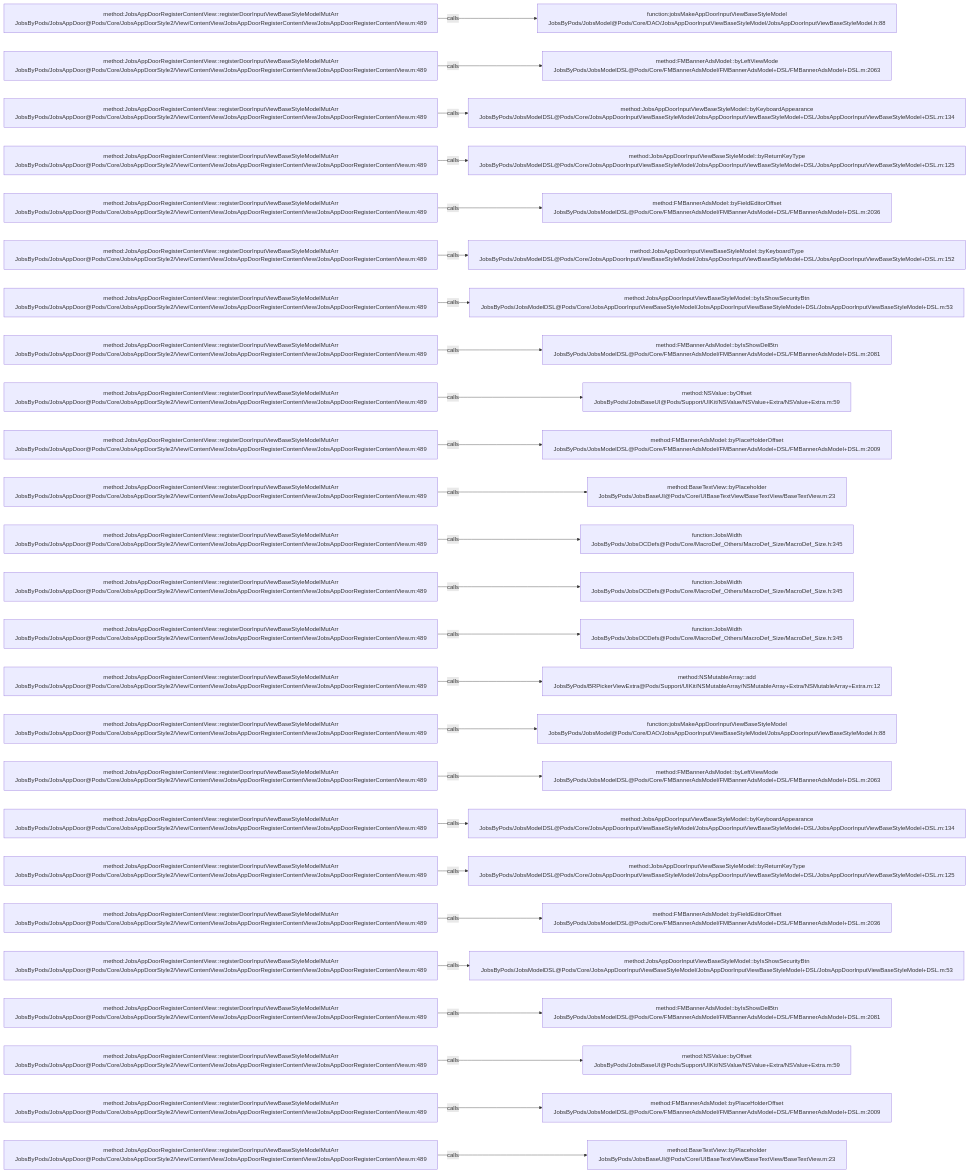
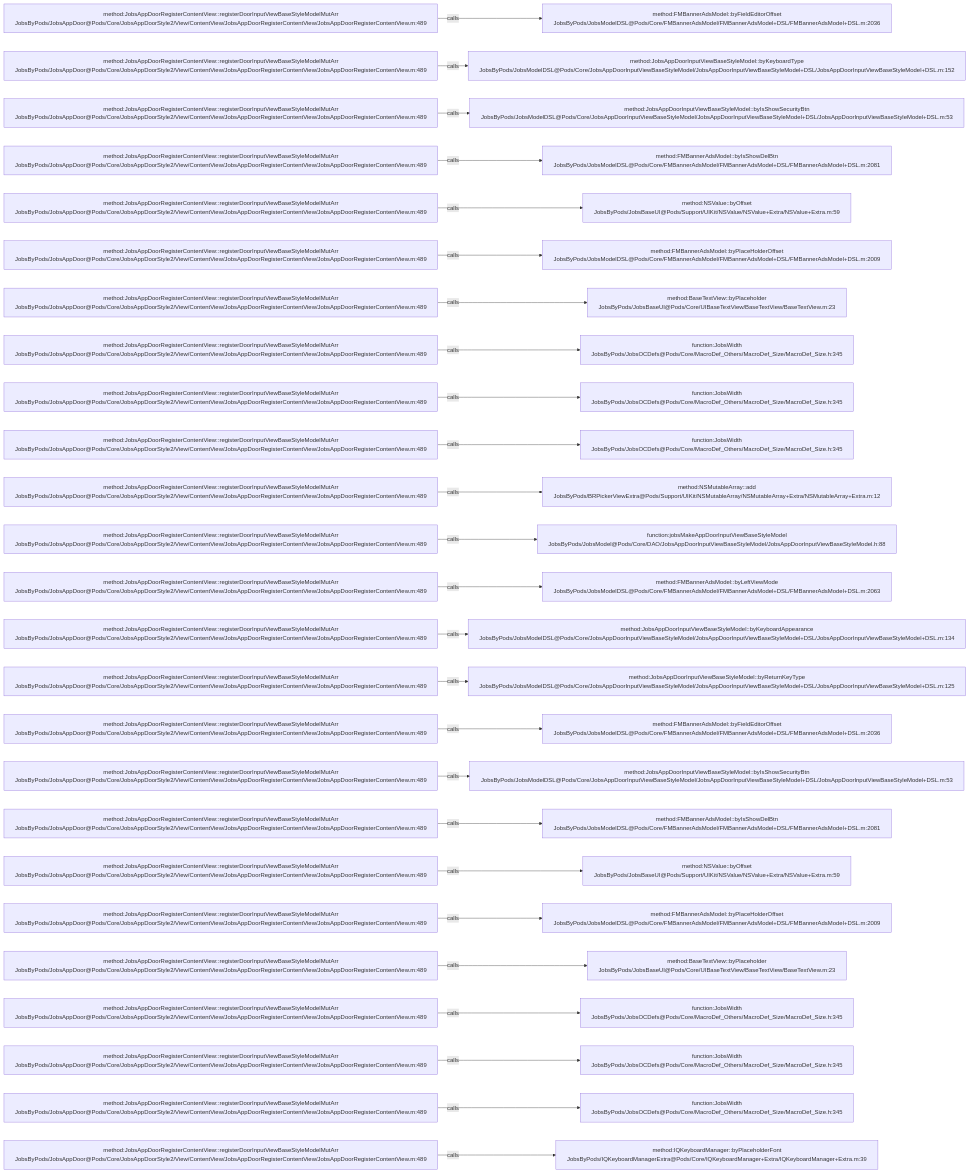
One commit to JobsKits/JobsOCBaseConfigDemo changed the diagram in .codegraph/codegraph.md/graphs/calls-134.md. Above: the diagram before and after it, drawn with Mermaid. The commit also changed 116 other files, not shown here.

````diff
--- a/.codegraph/codegraph.md/graphs/calls-134.md
+++ b/.codegraph/codegraph.md/graphs/calls-134.md
@@ -13,78 +13,78 @@
 ```mermaid
 flowchart LR
   S1["method:JobsAppDoorRegisterContentView::registerDoorInputViewBaseStyleModelMutArr<br/>JobsByPods/JobsAppDoor@Pods/Core/JobsAppDoorStyle2/View/ContentView/JobsAppDoorRegisterContentView/JobsAppDoorRegisterContentView.m:489"]
-  T1["function:jobsMakeAppDoorInputViewBaseStyleModel<br/>JobsByPods/JobsModel@Pods/Core/DAO/JobsAppDoorInputViewBaseStyleModel/JobsAppDoorInputViewBaseStyleModel.h:88"]
+  T1["method:FMBannerAdsModel::byFieldEditorOffset<br/>JobsByPods/JobsModelDSL@Pods/Core/FMBannerAdsModel/FMBannerAdsModel+DSL/FMBannerAdsModel+DSL.m:2036"]
   S1 -->|calls| T1
   S2["method:JobsAppDoorRegisterContentView::registerDoorInputViewBaseStyleModelMutArr<br/>JobsByPods/JobsAppDoor@Pods/Core/JobsAppDoorStyle2/View/ContentView/JobsAppDoorRegisterContentView/JobsAppDoorRegisterContentView.m:489"]
-  T2["method:FMBannerAdsModel::byLeftViewMode<br/>JobsByPods/JobsModelDSL@Pods/Core/FMBannerAdsModel/FMBannerAdsModel+DSL/FMBannerAdsModel+DSL.m:2063"]
+  T2["method:JobsAppDoorInputViewBaseStyleModel::byKeyboardType<br/>JobsByPods/JobsModelDSL@Pods/Core/JobsAppDoorInputViewBaseStyleModel/JobsAppDoorInputViewBaseStyleModel+DSL/JobsAppDoorInputViewBaseStyleModel+DSL.m:152"]
   S2 -->|calls| T2
   S3["method:JobsAppDoorRegisterContentView::registerDoorInputViewBaseStyleModelMutArr<br/>JobsByPods/JobsAppDoor@Pods/Core/JobsAppDoorStyle2/View/ContentView/JobsAppDoorRegisterContentView/JobsAppDoorRegisterContentView.m:489"]
-  T3["method:JobsAppDoorInputViewBaseStyleModel::byKeyboardAppearance<br/>JobsByPods/JobsModelDSL@Pods/Core/JobsAppDoorInputViewBaseStyleModel/JobsAppDoorInputViewBaseStyleModel+DSL/JobsAppDoorInputViewBaseStyleModel+DSL.m:134"]
+  T3["method:JobsAppDoorInputViewBaseStyleModel::byIsShowSecurityBtn<br/>JobsByPods/JobsModelDSL@Pods/Core/JobsAppDoorInputViewBaseStyleModel/JobsAppDoorInputViewBaseStyleModel+DSL/JobsAppDoorInputViewBaseStyleModel+DSL.m:53"]
   S3 -->|calls| T3
   S4["method:JobsAppDoorRegisterContentView::registerDoorInputViewBaseStyleModelMutArr<br/>JobsByPods/JobsAppDoor@Pods/Core/JobsAppDoorStyle2/View/ContentView/JobsAppDoorRegisterContentView/JobsAppDoorRegisterContentView.m:489"]
-  T4["method:JobsAppDoorInputViewBaseStyleModel::byReturnKeyType<br/>JobsByPods/JobsModelDSL@Pods/Core/JobsAppDoorInputViewBaseStyleModel/JobsAppDoorInputViewBaseStyleModel+DSL/JobsAppDoorInputViewBaseStyleModel+DSL.m:125"]
+  T4["method:FMBannerAdsModel::byIsShowDelBtn<br/>JobsByPods/JobsModelDSL@Pods/Core/FMBannerAdsModel/FMBannerAdsModel+DSL/FMBannerAdsModel+DSL.m:2081"]
   S4 -->|calls| T4
   S5["method:JobsAppDoorRegisterContentView::registerDoorInputViewBaseStyleModelMutArr<br/>JobsByPods/JobsAppDoor@Pods/Core/JobsAppDoorStyle2/View/ContentView/JobsAppDoorRegisterContentView/JobsAppDoorRegisterContentView.m:489"]
-  T5["method:FMBannerAdsModel::byFieldEditorOffset<br/>JobsByPods/JobsModelDSL@Pods/Core/FMBannerAdsModel/FMBannerAdsModel+DSL/FMBannerAdsModel+DSL.m:2036"]
+  T5["method:NSValue::byOffset<br/>JobsByPods/JobsBaseUI@Pods/Support/UIKit/NSValue/NSValue+Extra/NSValue+Extra.m:59"]
   S5 -->|calls| T5
   S6["method:JobsAppDoorRegisterContentView::registerDoorInputViewBaseStyleModelMutArr<br/>JobsByPods/JobsAppDoor@Pods/Core/JobsAppDoorStyle2/View/ContentView/JobsAppDoorRegisterContentView/JobsAppDoorRegisterContentView.m:489"]
-  T6["method:JobsAppDoorInputViewBaseStyleModel::byKeyboardType<br/>JobsByPods/JobsModelDSL@Pods/Core/JobsAppDoorInputViewBaseStyleModel/JobsAppDoorInputViewBaseStyleModel+DSL/JobsAppDoorInputViewBaseStyleModel+DSL.m:152"]
+  T6["method:FMBannerAdsModel::byPlaceHolderOffset<br/>JobsByPods/JobsModelDSL@Pods/Core/FMBannerAdsModel/FMBannerAdsModel+DSL/FMBannerAdsModel+DSL.m:2009"]
   S6 -->|calls| T6
   S7["method:JobsAppDoorRegisterContentView::registerDoorInputViewBaseStyleModelMutArr<br/>JobsByPods/JobsAppDoor@Pods/Core/JobsAppDoorStyle2/View/ContentView/JobsAppDoorRegisterContentView/JobsAppDoorRegisterContentView.m:489"]
-  T7["method:JobsAppDoorInputViewBaseStyleModel::byIsShowSecurityBtn<br/>JobsByPods/JobsModelDSL@Pods/Core/JobsAppDoorInputViewBaseStyleModel/JobsAppDoorInputViewBaseStyleModel+DSL/JobsAppDoorInputViewBaseStyleModel+DSL.m:53"]
+  T7["method:BaseTextView::byPlaceholder<br/>JobsByPods/JobsBaseUI@Pods/Core/UIBaseTextView/BaseTextView/BaseTextView.m:23"]
   S7 -->|calls| T7
   S8["method:JobsAppDoorRegisterContentView::registerDoorInputViewBaseStyleModelMutArr<br/>JobsByPods/JobsAppDoor@Pods/Core/JobsAppDoorStyle2/View/ContentView/JobsAppDoorRegisterContentView/JobsAppDoorRegisterContentView.m:489"]
-  T8["method:FMBannerAdsModel::byIsShowDelBtn<br/>JobsByPods/JobsModelDSL@Pods/Core/FMBannerAdsModel/FMBannerAdsModel+DSL/FMBannerAdsModel+DSL.m:2081"]
+  T8["function:JobsWidth<br/>JobsByPods/JobsOCDefs@Pods/Core/MacroDef_Others/MacroDef_Size/MacroDef_Size.h:345"]
   S8 -->|calls| T8
   S9["method:JobsAppDoorRegisterContentView::registerDoorInputViewBaseStyleModelMutArr<br/>JobsByPods/JobsAppDoor@Pods/Core/JobsAppDoorStyle2/View/ContentView/JobsAppDoorRegisterContentView/JobsAppDoorRegisterContentView.m:489"]
-  T9["method:NSValue::byOffset<br/>JobsByPods/JobsBaseUI@Pods/Support/UIKit/NSValue/NSValue+Extra/NSValue+Extra.m:59"]
+  T9["function:JobsWidth<br/>JobsByPods/JobsOCDefs@Pods/Core/MacroDef_Others/MacroDef_Size/MacroDef_Size.h:345"]
   S9 -->|calls| T9
   S10["method:JobsAppDoorRegisterContentView::registerDoorInputViewBaseStyleModelMutArr<br/>JobsByPods/JobsAppDoor@Pods/Core/JobsAppDoorStyle2/View/ContentView/JobsAppDoorRegisterContentView/JobsAppDoorRegisterContentView.m:489"]
-  T10["method:FMBannerAdsModel::byPlaceHolderOffset<br/>JobsByPods/JobsModelDSL@Pods/Core/FMBannerAdsModel/FMBannerAdsModel+DSL/FMBannerAdsModel+DSL.m:2009"]
+  T10["function:JobsWidth<br/>JobsByPods/JobsOCDefs@Pods/Core/MacroDef_Others/MacroDef_Size/MacroDef_Size.h:345"]
   S10 -->|calls| T10
   S11["method:JobsAppDoorRegisterContentView::registerDoorInputViewBaseStyleModelMutArr<br/>JobsByPods/JobsAppDoor@Pods/Core/JobsAppDoorStyle2/View/ContentView/JobsAppDoorRegisterContentView/JobsAppDoorRegisterContentView.m:489"]
-  T11["method:BaseTextView::byPlaceholder<br/>JobsByPods/JobsBaseUI@Pods/Core/UIBaseTextView/BaseTextView/BaseTextView.m:23"]
+  T11["method:NSMutableArray::add<br/>JobsByPods/BRPickerViewExtra@Pods/Support/UIKit/NSMutableArray/NSMutableArray+Extra/NSMutableArray+Extra.m:12"]
   S11 -->|calls| T11
   S12["method:JobsAppDoorRegisterContentView::registerDoorInputViewBaseStyleModelMutArr<br/>JobsByPods/JobsAppDoor@Pods/Core/JobsAppDoorStyle2/View/ContentView/JobsAppDoorRegisterContentView/JobsAppDoorRegisterContentView.m:489"]
-  T12["function:JobsWidth<br/>JobsByPods/JobsOCDefs@Pods/Core/MacroDef_Others/MacroDef_Size/MacroDef_Size.h:345"]
+  T12["function:jobsMakeAppDoorInputViewBaseStyleModel<br/>JobsByPods/JobsModel@Pods/Core/DAO/JobsAppDoorInputViewBaseStyleModel/JobsAppDoorInputViewBaseStyleModel.h:88"]
   S12 -->|calls| T12
   S13["method:JobsAppDoorRegisterContentView::registerDoorInputViewBaseStyleModelMutArr<br/>JobsByPods/JobsAppDoor@Pods/Core/JobsAppDoorStyle2/View/ContentView/JobsAppDoorRegisterContentView/JobsAppDoorRegisterContentView.m:489"]
-  T13["function:JobsWidth<br/>JobsByPods/JobsOCDefs@Pods/Core/MacroDef_Others/MacroDef_Size/MacroDef_Size.h:345"]
+  T13["method:FMBannerAdsModel::byLeftViewMode<br/>JobsByPods/JobsModelDSL@Pods/Core/FMBannerAdsModel/FMBannerAdsModel+DSL/FMBannerAdsModel+DSL.m:2063"]
   S13 -->|calls| T13
   S14["method:JobsAppDoorRegisterContentView::registerDoorInputViewBaseStyleModelMutArr<br/>JobsByPods/JobsAppDoor@Pods/Core/JobsAppDoorStyle2/View/ContentView/JobsAppDoorRegisterContentView/JobsAppDoorRegisterContentView.m:489"]
-  T14["function:JobsWidth<br/>JobsByPods/JobsOCDefs@Pods/Core/MacroDef_Others/MacroDef_Size/MacroDef_Size.h:345"]
+  T14["method:JobsAppDoorInputViewBaseStyleModel::byKeyboardAppearance<br/>JobsByPods/JobsModelDSL@Pods/Core/JobsAppDoorInputViewBaseStyleModel/JobsAppDoorInputViewBaseStyleModel+DSL/JobsAppDoorInputViewBaseStyleModel+DSL.m:134"]
   S14 -->|calls| T14
   S15["method:JobsAppDoorRegisterContentView::registerDoorInputViewBaseStyleModelMutArr<br/>JobsByPods/JobsAppDoor@Pods/Core/JobsAppDoorStyle2/View/ContentView/JobsAppDoorRegisterContentView/JobsAppDoorRegisterContentView.m:489"]
-  T15["method:NSMutableArray::add<br/>JobsByPods/BRPickerViewExtra@Pods/Support/UIKit/NSMutableArray/NSMutableArray+Extra/NSMutableArray+Extra.m:12"]
+  T15["method:JobsAppDoorInputViewBaseStyleModel::byReturnKeyType<br/>JobsByPods/JobsModelDSL@Pods/Core/JobsAppDoorInputViewBaseStyleModel/JobsAppDoorInputViewBaseStyleModel+DSL/JobsAppDoorInputViewBaseStyleModel+DSL.m:125"]
   S15 -->|calls| T15
   S16["method:JobsAppDoorRegisterContentView::registerDoorInputViewBaseStyleModelMutArr<br/>JobsByPods/JobsAppDoor@Pods/Core/JobsAppDoorStyle2/View/ContentView/JobsAppDoorRegisterContentView/JobsAppDoorRegisterContentView.m:489"]
-  T16["function:jobsMakeAppDoorInputViewBaseStyleModel<br/>JobsByPods/JobsModel@Pods/Core/DAO/JobsAppDoorInputViewBaseStyleModel/JobsAppDoorInputViewBaseStyleModel.h:88"]
+  T16["method:FMBannerAdsModel::byFieldEditorOffset<br/>JobsByPods/JobsModelDSL@Pods/Core/FMBannerAdsModel/FMBannerAdsModel+DSL/FMBannerAdsModel+DSL.m:2036"]
   S16 -->|calls| T16
   S17["method:JobsAppDoorRegisterContentView::registerDoorInputViewBaseStyleModelMutArr<br/>JobsByPods/JobsAppDoor@Pods/Core/JobsAppDoorStyle2/View/ContentView/JobsAppDoorRegisterContentView/JobsAppDoorRegisterContentView.m:489"]
-  T17["method:FMBannerAdsModel::byLeftViewMode<br/>JobsByPods/JobsModelDSL@Pods/Core/FMBannerAdsModel/FMBannerAdsModel+DSL/FMBannerAdsModel+DSL.m:2063"]
+  T17["method:JobsAppDoorInputViewBaseStyleModel::byIsShowSecurityBtn<br/>JobsByPods/JobsModelDSL@Pods/Core/JobsAppDoorInputViewBaseStyleModel/JobsAppDoorInputViewBaseStyleModel+DSL/JobsAppDoorInputViewBaseStyleModel+DSL.m:53"]
   S17 -->|calls| T17
   S18["method:JobsAppDoorRegisterContentView::registerDoorInputViewBaseStyleModelMutArr<br/>JobsByPods/JobsAppDoor@Pods/Core/JobsAppDoorStyle2/View/ContentView/JobsAppDoorRegisterContentView/JobsAppDoorRegisterContentView.m:489"]
-  T18["method:JobsAppDoorInputViewBaseStyleModel::byKeyboardAppearance<br/>JobsByPods/JobsModelDSL@Pods/Core/JobsAppDoorInputViewBaseStyleModel/JobsAppDoorInputViewBaseStyleModel+DSL/JobsAppDoorInputViewBaseStyleModel+DSL.m:134"]
+  T18["method:FMBannerAdsModel::byIsShowDelBtn<br/>JobsByPods/JobsModelDSL@Pods/Core/FMBannerAdsModel/FMBannerAdsModel+DSL/FMBannerAdsModel+DSL.m:2081"]
   S18 -->|calls| T18
   S19["method:JobsAppDoorRegisterContentView::registerDoorInputViewBaseStyleModelMutArr<br/>JobsByPods/JobsAppDoor@Pods/Core/JobsAppDoorStyle2/View/ContentView/JobsAppDoorRegisterContentView/JobsAppDoorRegisterContentView.m:489"]
-  T19["method:JobsAppDoorInputViewBaseStyleModel::byReturnKeyType<br/>JobsByPods/JobsModelDSL@Pods/Core/JobsAppDoorInputViewBaseStyleModel/JobsAppDoorInputViewBaseStyleModel+DSL/JobsAppDoorInputViewBaseStyleModel+DSL.m:125"]
+  T19["method:NSValue::byOffset<br/>JobsByPods/JobsBaseUI@Pods/Support/UIKit/NSValue/NSValue+Extra/NSValue+Extra.m:59"]
   S19 -->|calls| T19
   S20["method:JobsAppDoorRegisterContentView::registerDoorInputViewBaseStyleModelMutArr<br/>JobsByPods/JobsAppDoor@Pods/Core/JobsAppDoorStyle2/View/ContentView/JobsAppDoorRegisterContentView/JobsAppDoorRegisterContentView.m:489"]
-  T20["method:FMBannerAdsModel::byFieldEditorOffset<br/>JobsByPods/JobsModelDSL@Pods/Core/FMBannerAdsModel/FMBannerAdsModel+DSL/FMBannerAdsModel+DSL.m:2036"]
+  T20["method:FMBannerAdsModel::byPlaceHolderOffset<br/>JobsByPods/JobsModelDSL@Pods/Core/FMBannerAdsModel/FMBannerAdsModel+DSL/FMBannerAdsModel+DSL.m:2009"]
   S20 -->|calls| T20
   S21["method:JobsAppDoorRegisterContentView::registerDoorInputViewBaseStyleModelMutArr<br/>JobsByPods/JobsAppDoor@Pods/Core/JobsAppDoorStyle2/View/ContentView/JobsAppDoorRegisterContentView/JobsAppDoorRegisterContentView.m:489"]
-  T21["method:JobsAppDoorInputViewBaseStyleModel::byIsShowSecurityBtn<br/>JobsByPods/JobsModelDSL@Pods/Core/JobsAppDoorInputViewBaseStyleModel/JobsAppDoorInputViewBaseStyleModel+DSL/JobsAppDoorInputViewBaseStyleModel+DSL.m:53"]
+  T21["method:BaseTextView::byPlaceholder<br/>JobsByPods/JobsBaseUI@Pods/Core/UIBaseTextView/BaseTextView/BaseTextView.m:23"]
   S21 -->|calls| T21
   S22["method:JobsAppDoorRegisterContentView::registerDoorInputViewBaseStyleModelMutArr<br/>JobsByPods/JobsAppDoor@Pods/Core/JobsAppDoorStyle2/View/ContentView/JobsAppDoorRegisterContentView/JobsAppDoorRegisterContentView.m:489"]
-  T22["method:FMBannerAdsModel::byIsShowDelBtn<br/>JobsByPods/JobsModelDSL@Pods/Core/FMBannerAdsModel/FMBannerAdsModel+DSL/FMBannerAdsModel+DSL.m:2081"]
+  T22["function:JobsWidth<br/>JobsByPods/JobsOCDefs@Pods/Core/MacroDef_Others/MacroDef_Size/MacroDef_Size.h:345"]
   S22 -->|calls| T22
   S23["method:JobsAppDoorRegisterContentView::registerDoorInputViewBaseStyleModelMutArr<br/>JobsByPods/JobsAppDoor@Pods/Core/JobsAppDoorStyle2/View/ContentView/JobsAppDoorRegisterContentView/JobsAppDoorRegisterContentView.m:489"]
-  T23["method:NSValue::byOffset<br/>JobsByPods/JobsBaseUI@Pods/Support/UIKit/NSValue/NSValue+Extra/NSValue+Extra.m:59"]
+  T23["function:JobsWidth<br/>JobsByPods/JobsOCDefs@Pods/Core/MacroDef_Others/MacroDef_Size/MacroDef_Size.h:345"]
   S23 -->|calls| T23
   S24["method:JobsAppDoorRegisterContentView::registerDoorInputViewBaseStyleModelMutArr<br/>JobsByPods/JobsAppDoor@Pods/Core/JobsAppDoorStyle2/View/ContentView/JobsAppDoorRegisterContentView/JobsAppDoorRegisterContentView.m:489"]
-  T24["method:FMBannerAdsModel::byPlaceHolderOffset<br/>JobsByPods/JobsModelDSL@Pods/Core/FMBannerAdsModel/FMBannerAdsModel+DSL/FMBannerAdsModel+DSL.m:2009"]
+  T24["function:JobsWidth<br/>JobsByPods/JobsOCDefs@Pods/Core/MacroDef_Others/MacroDef_Size/MacroDef_Size.h:345"]
   S24 -->|calls| T24
   S25["method:JobsAppDoorRegisterContentView::registerDoorInputViewBaseStyleModelMutArr<br/>JobsByPods/JobsAppDoor@Pods/Core/JobsAppDoorStyle2/View/ContentView/JobsAppDoorRegisterContentView/JobsAppDoorRegisterContentView.m:489"]
-  T25["method:BaseTextView::byPlaceholder<br/>JobsByPods/JobsBaseUI@Pods/Core/UIBaseTextView/BaseTextView/BaseTextView.m:23"]
+  T25["method:IQKeyboardManager::byPlaceholderFont<br/>JobsByPods/IQKeyboardManagerExtra@Pods/Core/IQKeyboardManager+Extra/IQKeyboardManager+Extra.m:39"]
   S25 -->|calls| T25
 ```
````
